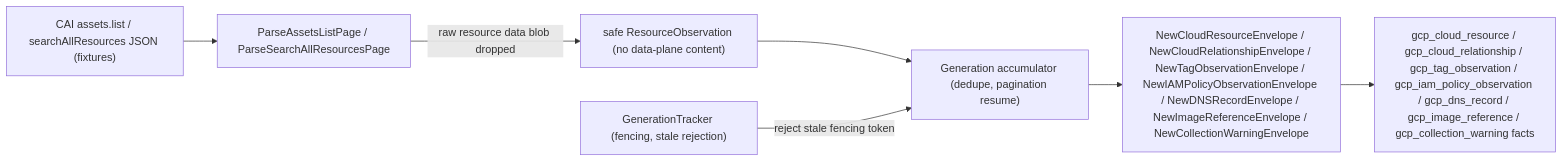
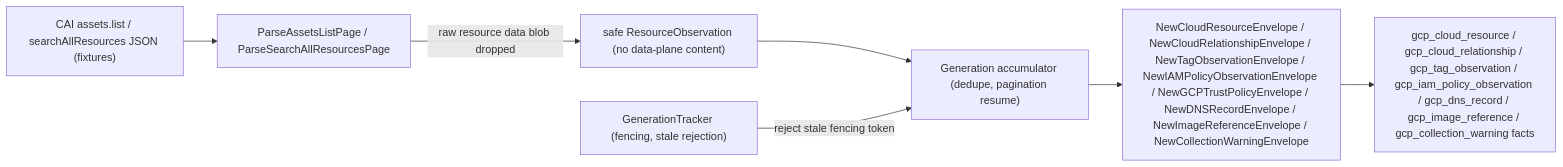
One commit to eshu-hq/eshu changed the diagram in go/internal/collector/gcpcloud/README.md. Above: the diagram before and after it, drawn with Mermaid. The commit also changed other lines of this file and 47 other files, not shown here.

````diff
--- a/go/internal/collector/gcpcloud/README.md
+++ b/go/internal/collector/gcpcloud/README.md
@@ -26,17 +29,17 @@
 ```mermaid
 flowchart LR
     Pages["CAI assets.list / searchAllResources JSON (fixtures)"]
     Parse["ParseAssetsListPage / ParseSearchAllResourcesPage"]
     Obs["safe ResourceObservation (no data-plane content)"]
     Gen["Generation accumulator (dedupe, pagination resume)"]
-    Env["NewCloudResourceEnvelope / NewCloudRelationshipEnvelope / NewTagObservationEnvelope / NewIAMPolicyObservationEnvelope / NewDNSRecordEnvelope / NewImageReferenceEnvelope / NewCollectionWarningEnvelope"]
+    Env["NewCloudResourceEnvelope / NewCloudRelationshipEnvelope / NewTagObservationEnvelope / NewIAMPolicyObservationEnvelope / NewGCPTrustPolicyEnvelope / NewDNSRecordEnvelope / NewImageReferenceEnvelope / NewCollectionWarningEnvelope"]
     Tracker["GenerationTracker (fencing, stale rejection)"]
     Facts["gcp_cloud_resource / gcp_cloud_relationship / gcp_tag_observation / gcp_iam_policy_observation / gcp_dns_record / gcp_image_reference / gcp_collection_warning facts"]
 
     Pages --> Parse
     Parse -->|"raw resource data blob dropped"| Obs
     Obs --> Gen
     Gen --> Env
     Tracker -->|"reject stale fencing token"| Gen
     Env --> Facts
 ```
````
